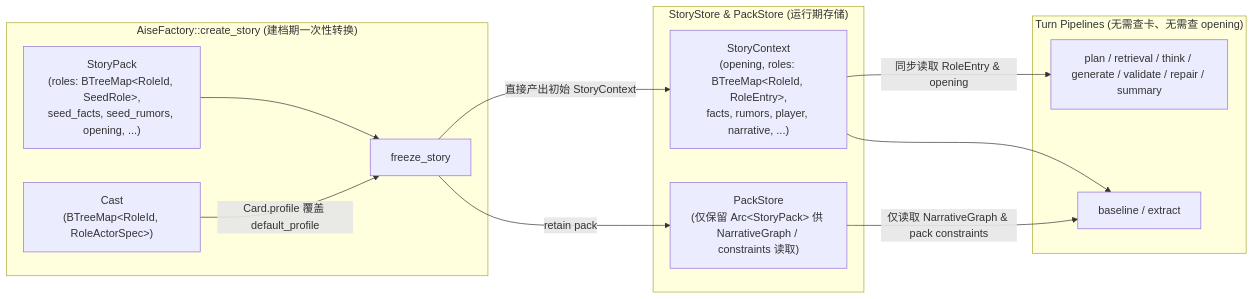
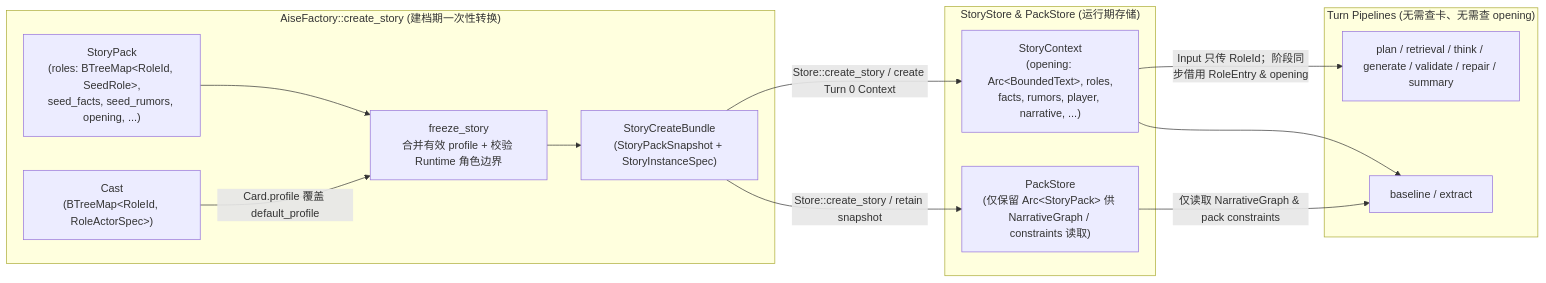
Before and after one commit to falconcali/aise: the diagram in doc/design/2026-10-17-role-and-context-seed-runtime-decoupling-design-gemini.md, drawn with Mermaid. The commit also changed other lines of this file and 4 other files, not shown here.

````diff
--- a/doc/design/2026-10-17-role-and-context-seed-runtime-decoupling-design-gemini.md
+++ b/doc/design/2026-10-17-role-and-context-seed-runtime-decoupling-design-gemini.md
@@ -131,26 +135,27 @@
 ```mermaid
 flowchart LR
   subgraph Creation["AiseFactory::create_story (建档期一次性转换)"]
     SP["StoryPack<br/>(roles: BTreeMap&lt;RoleId, SeedRole&gt;,<br/>seed_facts, seed_rumors, opening, ...)"]
     CAST["Cast<br/>(BTreeMap&lt;RoleId, RoleActorSpec&gt;)"]
-    SP --> FREEZE["freeze_story"]
+    SP --> FREEZE["freeze_story<br/>合并有效 profile + 校验 Runtime 角色边界"]
     CAST -->|Card.profile 覆盖 default_profile| FREEZE
+    FREEZE --> BUNDLE["StoryCreateBundle<br/>(StoryPackSnapshot + StoryInstanceSpec)"]
   end
 
   subgraph RuntimeState["StoryStore & PackStore (运行期存储)"]
-    SC["StoryContext<br/>(opening, roles: BTreeMap&lt;RoleId, RoleEntry&gt;,<br/>facts, rumors, player, narrative, ...)"]
+    SC["StoryContext<br/>(opening: Arc&lt;BoundedText&gt;, roles,<br/>facts, rumors, player, narrative, ...)"]
     PS["PackStore<br/>(仅保留 Arc&lt;StoryPack&gt; 供 NarrativeGraph / constraints 读取)"]
   end
 
-  FREEZE -->|直接产出初始 StoryContext| SC
-  FREEZE -->|retain pack| PS
+  BUNDLE -->|Store::create_story / create Turn 0 Context| SC
+  BUNDLE -->|Store::create_story / retain snapshot| PS
 
   subgraph TurnPipelines["Turn Pipelines (无需查卡、无需查 opening)"]
     P["plan / retrieval / think / generate / validate / repair / summary"]
     B_E["baseline / extract"]
   end
 
-  SC -->|同步读取 RoleEntry & opening| P
+  SC -->|Input 只传 RoleId；阶段同步借用 RoleEntry & opening| P
   SC --> B_E
   PS -->|仅读取 NarrativeGraph & pack constraints| B_E
 ```
````
